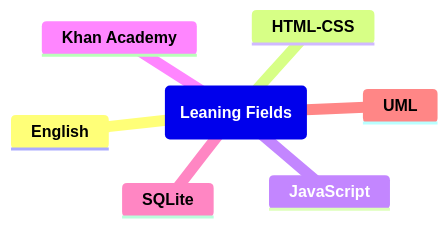
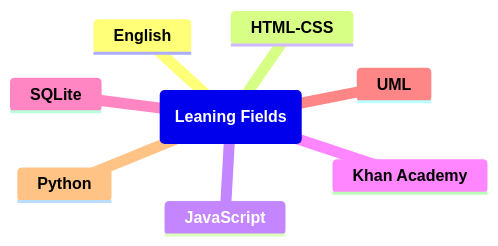
The diagram in README.md (MarvinSilcGit/Learning), drawn with Mermaid before and after one commit.

````diff
--- a/README.md
+++ b/README.md
@@ -4,10 +4,11 @@
 ```mermaid
 mindmap
   root(**Leaning Fields**)
     **English**
     **HTML-CSS**
     **JavaScript**
     **Khan Academy**
     **SQLite**
     **UML**
+    **Python**
 ```
````
